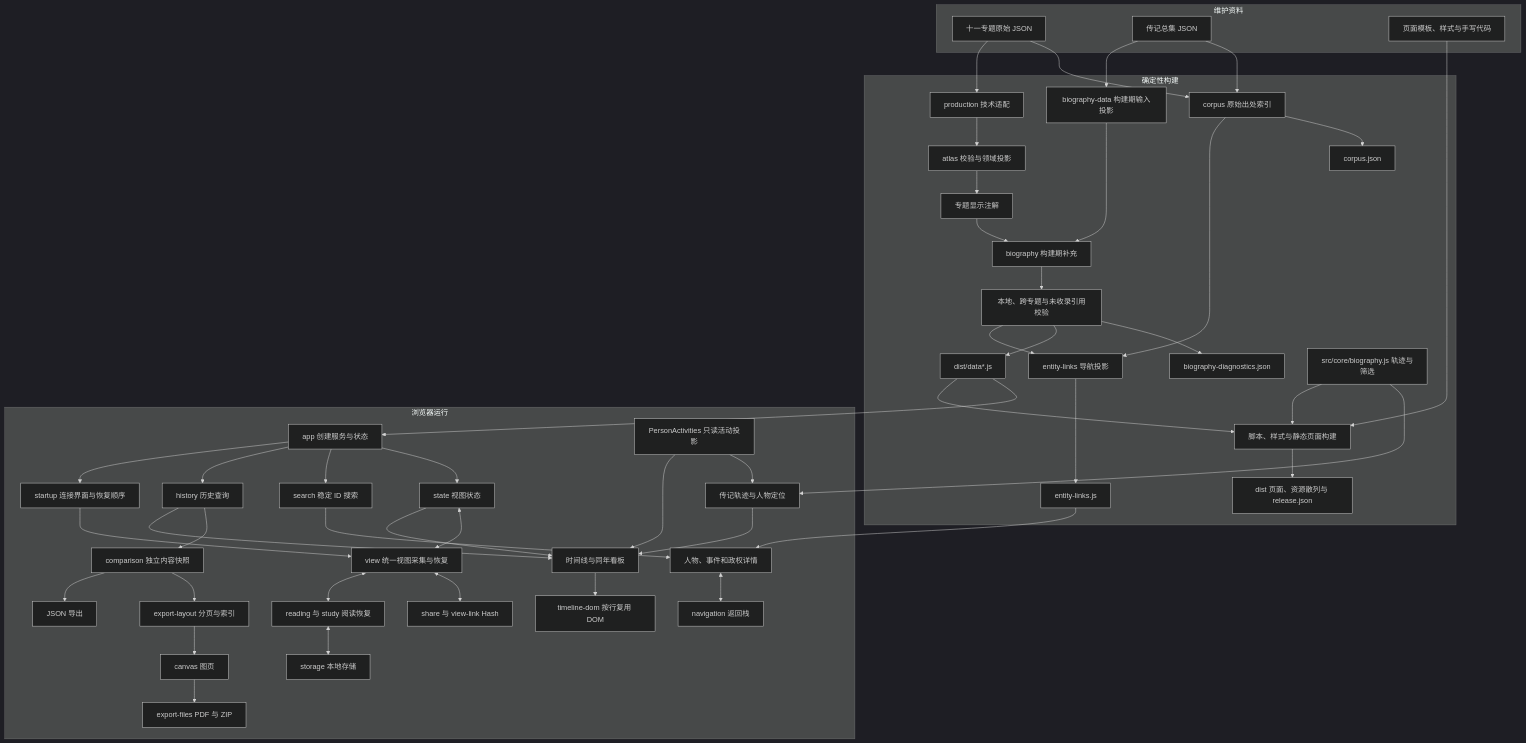
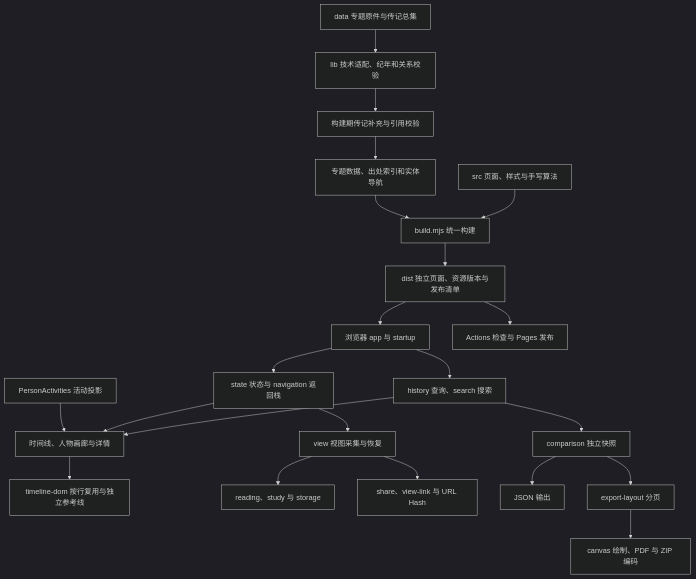
Before and after one commit to Chrunge/Chinese-Dynasty-Timeline: the diagram in docs/ARCHITECTURE.md, drawn with Mermaid (dark theme). The commit also changed other lines of this file and 10 other files, not shown here.

```diff
--- a/docs/ARCHITECTURE.md
+++ b/docs/ARCHITECTURE.md
@@ -7,56 +7,24 @@
 ~~~mermaid
 flowchart TB
-  subgraph authoring[维护资料]
-    A[十一专题原始 JSON]
-    B[传记总集 JSON]
-    C[页面模板、样式与手写代码]
-  end
-  subgraph build[确定性构建]
-    A --> P[production 技术适配]
-    P --> V[atlas 校验与领域投影]
-    V --> D[专题显示注解]
-    B --> G[biography-data 构建期输入投影]
-    G --> BC[biography 构建期补充]
-    D --> BC
-    BC --> R[本地、跨专题与未收录引用校验]
-    A --> I[corpus 原始出处索引]
-    B --> I
-    I --> L[entity-links 导航投影]
-    R --> L
-    R --> DATA[dist/data*.js]
-    R --> DIAG[biography-diagnostics.json]
-    I --> CORPUS[corpus.json]
-    L --> LINKS[entity-links.js]
-    C --> PACK[脚本、样式与静态页面构建]
-    E[src/core/biography.js 轨迹与筛选] --> PACK
-    DATA --> PACK
-    PACK --> RELEASE[dist 页面、资源散列与 release.json]
-  end
-  subgraph runtime[浏览器运行]
-    DATA --> APP[app 创建服务与状态]
-    APP --> START[startup 连接界面与恢复顺序]
-    APP --> H[history 历史查询]
-    APP --> S[search 稳定 ID 搜索]
-    APP --> STATE[state 视图状态]
-    H --> T[时间线与同年看板]
-    S --> DETAIL[人物、事件和政权详情]
-    STATE --> T
-    ACT[PersonActivities 只读活动投影] --> T
-    ACT --> BIO[传记轨迹与人物定位]
-    E --> BIO
-    BIO --> T
-    T --> DOM[timeline-dom 按行复用 DOM]
-    DETAIL <--> NAV[navigation 返回栈]
-    START --> VIEW[view 统一视图采集与恢复]
-    STATE <--> VIEW
-    VIEW <--> READ[reading 与 study 阅读恢复]
-    READ <--> STORAGE[storage 本地存储]
-    VIEW <--> SHARE[share 与 view-link Hash]
-    LINKS --> DETAIL
-    H --> SNAPSHOT[comparison 独立内容快照]
-    SNAPSHOT --> JSON[JSON 导出]
-    SNAPSHOT --> LAYOUT[export-layout 分页与索引]
-    LAYOUT --> CANVAS[canvas 图页]
-    CANVAS --> FILES[export-files PDF 与 ZIP]
-  end
+  A[data 专题原件与传记总集] --> B[lib 技术适配、纪年和关系校验]
+  B --> C[构建期传记补充与引用校验]
+  C --> D[专题数据、出处索引和实体导航]
+  S[src 页面、样式与手写算法] --> E[build.mjs 统一构建]
+  D --> E
+  E --> F[dist 独立页面、资源版本与发布清单]
+  F --> G[浏览器 app 与 startup]
+  G --> H[history 查询、search 搜索]
+  G --> I[state 状态与 navigation 返回栈]
+  H --> J[时间线、人物画廊与详情]
+  I --> J
+  K[PersonActivities 活动投影] --> J
+  J --> L[timeline-dom 按行复用与独立参考线]
+  I --> V[view 视图采集与恢复]
+  V --> R[reading、study 与 storage]
+  V --> U[share、view-link 与 URL Hash]
+  H --> O[comparison 独立快照]
+  O --> Q[JSON 输出]
+  O --> P[export-layout 分页]
+  P --> N[canvas 绘制、PDF 与 ZIP 编码]
+  F --> CI[Actions 检查与 Pages 发布]
 ~~~
```
